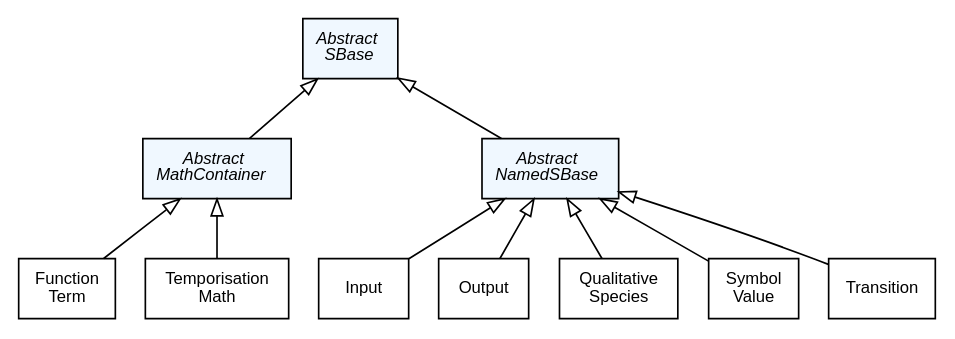
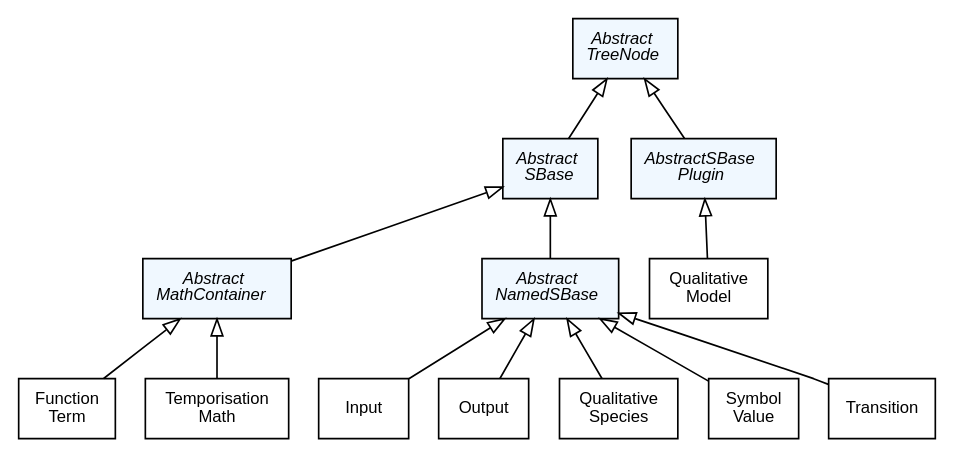
The diagram in extensions/qual/doc/img/type_hierarchy.dot (sbmlteam/jsbml), drawn with Graphviz before and after one commit. The commit also changed 3 other files, not shown here.

```diff
--- a/extensions/qual/doc/img/type_hierarchy.dot
+++ b/extensions/qual/doc/img/type_hierarchy.dot
@@ -1,59 +1,67 @@
 #!/usr/local/bin/dot
 #
 # dot -Tpdf type_hierarchy.dot -otype_hierarchy.pdf && acroread type_hierarchy.pdf &
 # dot -Tpng type_hierarchy.dot -otype_hierarchy.png
 #
 # $Id$
 # $URL$
 # $Rev$
 
 strict digraph G{
 
 	nodesep=0.25;
 	ranksep=0.5;
 
 	edge [
 	  fontname="Helvetica",
 	  fontsize=10,
 	  labelfontname="Helvetica",
 	  labelfontsize=10
 	];
 	node [
 	  fontname="Helvetica",
 	  fontsize=10,
 	  shape=box
 	];
   /*
    * Abstract data types
    */
   AbstractMathContainer                      [label=<<font><I>Abstract<br/>MathContainer</I></font>>, style="filled", fillcolor="#F0F8FF"];
   AbstractNamedSBase                         [label=<<font><I>Abstract<br/>NamedSBase</I></font>>, style="filled", fillcolor="#F0F8FF"];
   AbstractSBase                              [label=<<font><I>Abstract<br/>SBase</I></font>>, style="filled", fillcolor="#F0F8FF"];
+  AbstractSBasePlugin                        [label=<<font><I>AbstractSBase<br/>Plugin</I></font>>, style="filled", fillcolor="#F0F8FF"];
+  AbstractTreeNode                           [label=<<font><I>Abstract<br/>TreeNode</I></font>>, style="filled", fillcolor="#F0F8FF"];
   
   /*
    * Objects
    */
   FunctionTerm                               [label="Function\nTerm"];
   Input                                      [label="Input"];
   Output                                     [label="Output"];
   QualitativeSpecies                         [label="Qualitative\nSpecies"];
+  QualitativeModel                           [label="Qualitative\nModel"];
   SymbolValue                                [label="Symbol\nValue"];
   TemporisationMath                          [label="Temporisation\nMath"];
   Transition                                 [label="Transition"];
 
   /*
    * inheritance graph
    */
   AbstractMathContainer -> FunctionTerm      [dir=back,arrowtail=empty];
 
   AbstractNamedSBase -> QualitativeSpecies   [dir=back,arrowtail=empty];
   AbstractNamedSBase -> Transition           [dir=back,arrowtail=empty];
   AbstractNamedSBase -> Input                [dir=back,arrowtail=empty];
   AbstractNamedSBase -> Output               [dir=back,arrowtail=empty];
   AbstractNamedSBase -> SymbolValue          [dir=back,arrowtail=empty];
 
   AbstractSBase -> AbstractNamedSBase        [dir=back,arrowtail=empty];
   AbstractSBase -> AbstractMathContainer     [dir=back,arrowtail=empty];
+  
+  AbstractSBasePlugin -> QualitativeModel    [dir=back,arrowtail=empty];
+  
+  AbstractTreeNode -> AbstractSBasePlugin    [dir=back,arrowtail=empty];
+  AbstractTreeNode -> AbstractSBase          [dir=back,arrowtail=empty];
 
   AbstractMathContainer -> TemporisationMath [dir=back,arrowtail=empty]
 }
```
